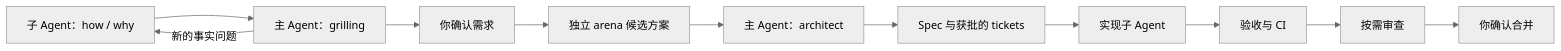
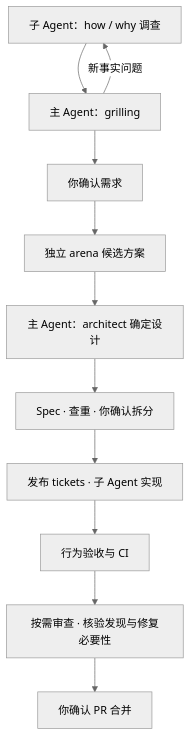
The second of 2 diagrams in README.zh-CN.md (YinFengWindy/windflow), drawn with Mermaid (neutral theme) before and after one commit. The commit also changed other lines of this file and 1 other file, not shown here.

Commit message:
docs: explain Windflow with examples and agent collaboration diagrams

````diff
--- a/README.zh-CN.md
+++ b/README.zh-CN.md
@@ -11,13 +116,13 @@
 ```mermaid
-flowchart LR
-  H["子 Agent：how / why"] --> G["主 Agent：grilling"]
-  G -->|新的事实问题| H
+flowchart TD
+  H["子 Agent：how / why 调查"] --> G["主 Agent：grilling"]
+  G -->|新事实问题| H
   G --> C["你确认需求"]
   C --> A["独立 arena 候选方案"]
-  A --> D["主 Agent：architect"]
-  D --> T["Spec 与获批的 tickets"]
-  T --> I["实现子 Agent"]
-  I --> V["验收与 CI"]
-  V --> R["按需审查"]
-  R --> M["你确认合并"]
+  A --> D["主 Agent：architect 确定设计"]
+  D --> T["Spec · 查重 · 你确认拆分"]
+  T --> I["发布 tickets · 子 Agent 实现"]
+  I --> V["行为验收与 CI"]
+  V --> R["按需审查 · 核验发现与修复必要性"]
+  R --> M["你确认 PR 合并"]
 ```
````
